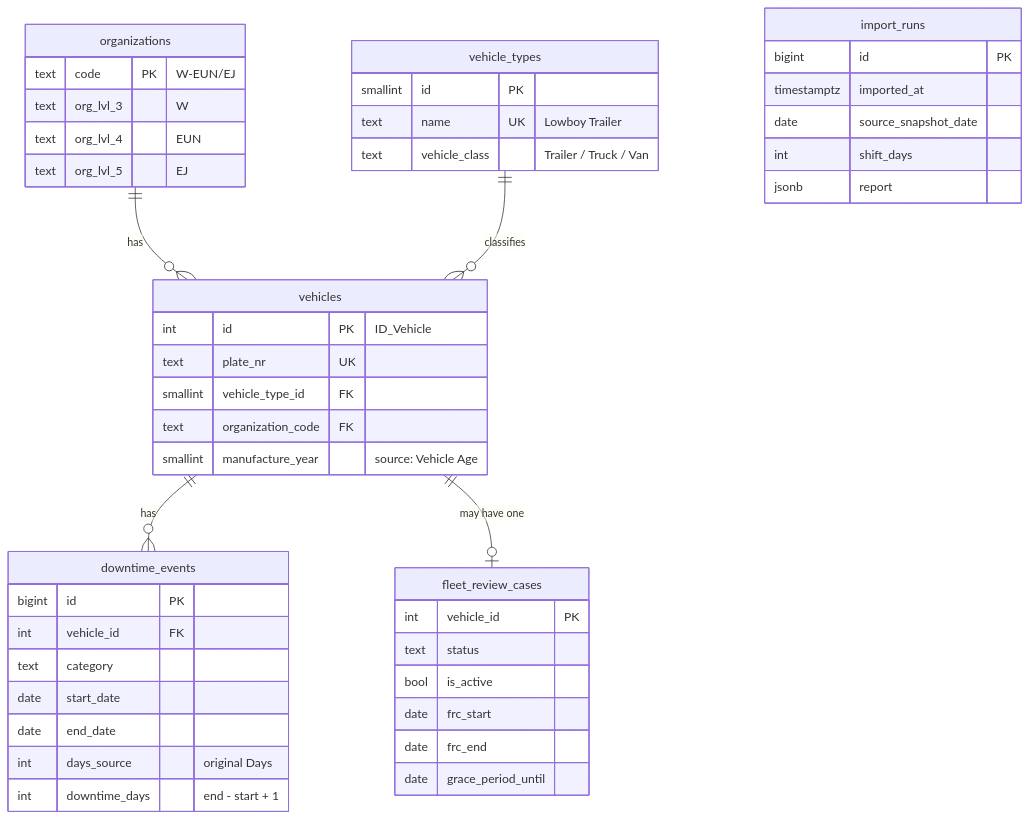
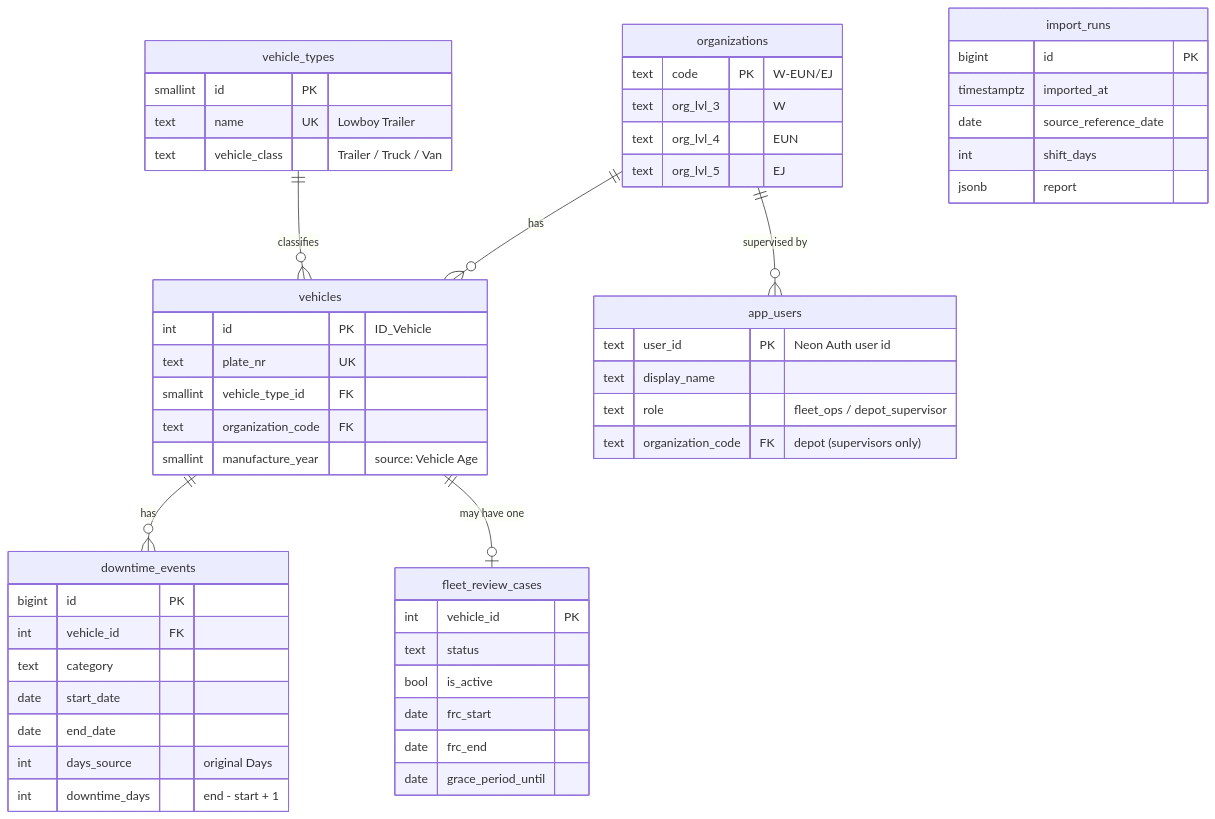
One commit to andresgantier/northlane-fleet-insights changed the diagram in docs/DATA_MODEL.md. Above: the diagram before and after it, drawn with Mermaid. The commit also changed other lines of this file and 16 other files, not shown here.

````diff
--- a/docs/DATA_MODEL.md
+++ b/docs/DATA_MODEL.md
@@ -8,50 +8,57 @@
 ```mermaid
 erDiagram
     organizations ||--o{ vehicles : "has"
     vehicle_types ||--o{ vehicles : "classifies"
     vehicles ||--o{ downtime_events : "has"
     vehicles ||--o| fleet_review_cases : "may have one"
 
     organizations {
         text code PK "W-EUN/EJ"
         text org_lvl_3 "W"
         text org_lvl_4 "EUN"
         text org_lvl_5 "EJ"
     }
     vehicle_types {
         smallint id PK
         text name UK "Lowboy Trailer"
         text vehicle_class "Trailer / Truck / Van"
     }
     vehicles {
         int id PK "ID_Vehicle"
         text plate_nr UK
         smallint vehicle_type_id FK
         text organization_code FK
         smallint manufacture_year "source: Vehicle Age"
     }
     downtime_events {
         bigint id PK
         int vehicle_id FK
         text category
         date start_date
         date end_date
         int days_source "original Days"
         int downtime_days "end - start + 1"
     }
     fleet_review_cases {
         int vehicle_id PK
         text status
         bool is_active
         date frc_start
         date frc_end
         date grace_period_until
     }
     import_runs {
         bigint id PK
         timestamptz imported_at
-        date source_snapshot_date
+        date source_reference_date
         int shift_days
         jsonb report
     }
+    app_users {
+        text user_id PK "Neon Auth user id"
+        text display_name
+        text role "fleet_ops / depot_supervisor"
+        text organization_code FK "depot (supervisors only)"
+    }
+    organizations ||--o{ app_users : "supervised by"
 ```
````
